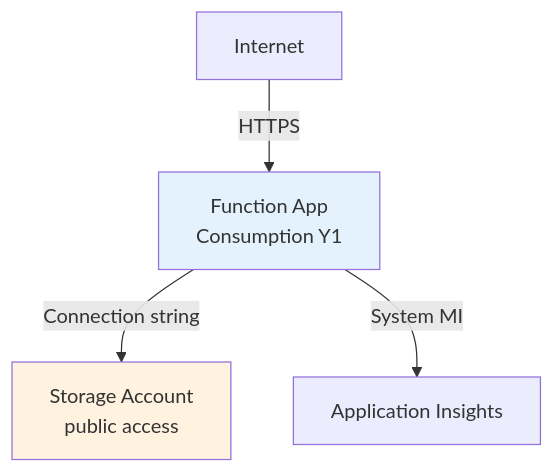
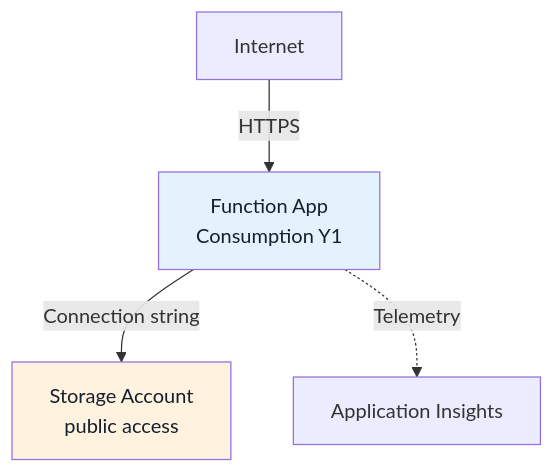
One commit to yeongseon/azure-functions-practical-guide changed the second of 5 diagrams in docs/platform/deployment-scenarios.md. Above: the diagram before and after it, drawn with Mermaid. The commit also changed other lines of this file and 1 other file, not shown here.

First line of the commit message:
docs(diagrams): clarify deployment scenario topology and access (#524)

````diff
--- a/docs/platform/deployment-scenarios.md
+++ b/docs/platform/deployment-scenarios.md
@@ -191,9 +211,11 @@
 ```mermaid
 flowchart TD
+    accTitle: Scenario A — Public Serverless on Consumption Y1
+    accDescr: Internet HTTPS reaches the Consumption Y1 app, which accesses public Storage and sends off-path Application Insights telemetry. Connection-string access is this depicted variant; system-assigned identity context is retained in the reading key, not asserted as telemetry authentication.
     INET[Internet] -->|HTTPS| FA[Function App\nConsumption Y1]
     FA -->|Connection string| ST[Storage Account\npublic access]
-    FA -->|System MI| AI[Application Insights]
+    FA -.->|Telemetry| AI[Application Insights]
 
-    style FA fill:#E3F2FD
-    style ST fill:#FFF3E0
+    style FA fill:#E3F2FD,color:#14202e
+    style ST fill:#FFF3E0,color:#14202e
 ```
````
